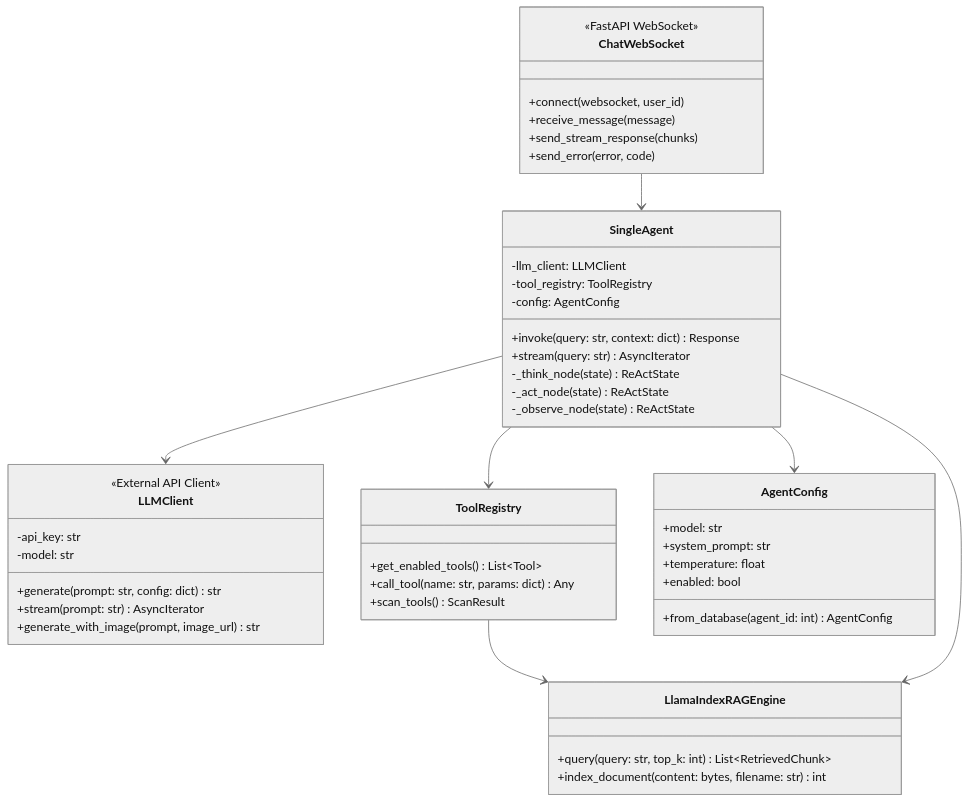
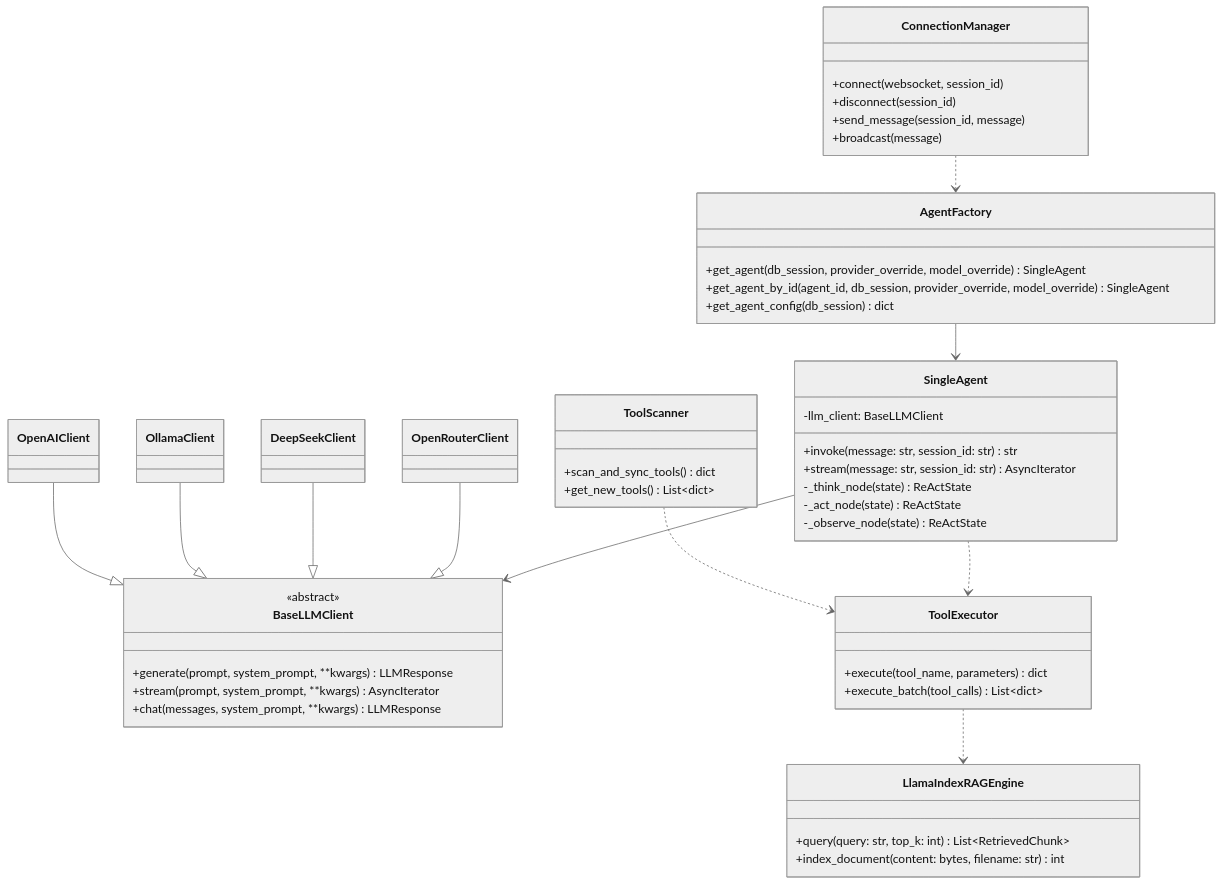
One commit to espresso23/Petties-Veterinary-Appointment-Booking-Platform changed the ninth of 9 diagrams in docs-references/documentation/AI_SERVICE_TECHNICAL_SPECIFICATION.md. Above: the diagram before and after it, drawn with Mermaid (neutral theme). The commit also changed other lines of this file and 25 other files, not shown here.

````diff
--- a/docs-references/documentation/AI_SERVICE_TECHNICAL_SPECIFICATION.md
+++ b/docs-references/documentation/AI_SERVICE_TECHNICAL_SPECIFICATION.md
@@ -549,56 +567,63 @@
 ```mermaid
 classDiagram
-    class ChatWebSocket {
-        <<FastAPI WebSocket>>
-        +connect(websocket, user_id)
-        +receive_message(message)
-        +send_stream_response(chunks)
-        +send_error(error, code)
+    class ConnectionManager {
+        +connect(websocket, session_id)
+        +disconnect(session_id)
+        +send_message(session_id, message)
+        +broadcast(message)
+    }
+
+    class AgentFactory {
+        +get_agent(db_session, provider_override, model_override) SingleAgent
+        +get_agent_by_id(agent_id, db_session, provider_override, model_override) SingleAgent
+        +get_agent_config(db_session) dict
     }
 
     class SingleAgent {
-        -llm_client: LLMClient
-        -tool_registry: ToolRegistry
-        -config: AgentConfig
-        +invoke(query: str, context: dict) Response
-        +stream(query: str) AsyncIterator
+        -llm_client: BaseLLMClient
+        +invoke(message: str, session_id: str) str
+        +stream(message: str, session_id: str) AsyncIterator
         -_think_node(state) ReActState
         -_act_node(state) ReActState
         -_observe_node(state) ReActState
     }
 
-    class LLMClient {
-        <<External API Client>>
-        -api_key: str
-        -model: str
-        +generate(prompt: str, config: dict) str
-        +stream(prompt: str) AsyncIterator
-        +generate_with_image(prompt, image_url) str
+    class BaseLLMClient {
+        <<abstract>>
+        +generate(prompt, system_prompt, **kwargs) LLMResponse
+        +stream(prompt, system_prompt, **kwargs) AsyncIterator
+        +chat(messages, system_prompt, **kwargs) LLMResponse
     }
 
-    class ToolRegistry {
-        +get_enabled_tools() List~Tool~
-        +call_tool(name: str, params: dict) Any
-        +scan_tools() ScanResult
+    class OpenRouterClient
+    class DeepSeekClient
+    class OllamaClient
+    class OpenAIClient
+
+    class ToolExecutor {
+        +execute(tool_name, parameters) dict
+        +execute_batch(tool_calls) List~dict~
     }
 
     class LlamaIndexRAGEngine {
         +query(query: str, top_k: int) List~RetrievedChunk~
         +index_document(content: bytes, filename: str) int
     }
 
-    class AgentConfig {
-        +from_database(agent_id: int) AgentConfig
-        +model: str
-        +system_prompt: str
-        +temperature: float
-        +enabled: bool
+    class ToolScanner {
+        +scan_and_sync_tools() dict
+        +get_new_tools() List~dict~
     }
 
-    ChatWebSocket --> SingleAgent
-    SingleAgent --> LLMClient
-    SingleAgent --> ToolRegistry
-    SingleAgent --> AgentConfig
-    ToolRegistry --> LlamaIndexRAGEngine
-    SingleAgent --> LlamaIndexRAGEngine
+    AgentFactory --> SingleAgent
+    ConnectionManager ..> AgentFactory
+    SingleAgent --> BaseLLMClient
+    SingleAgent ..> ToolExecutor
+    ToolExecutor ..> LlamaIndexRAGEngine
+    ToolScanner ..> ToolExecutor
+
+    OpenRouterClient --|> BaseLLMClient
+    DeepSeekClient --|> BaseLLMClient
+    OllamaClient --|> BaseLLMClient
+    OpenAIClient --|> BaseLLMClient
 ```
````
